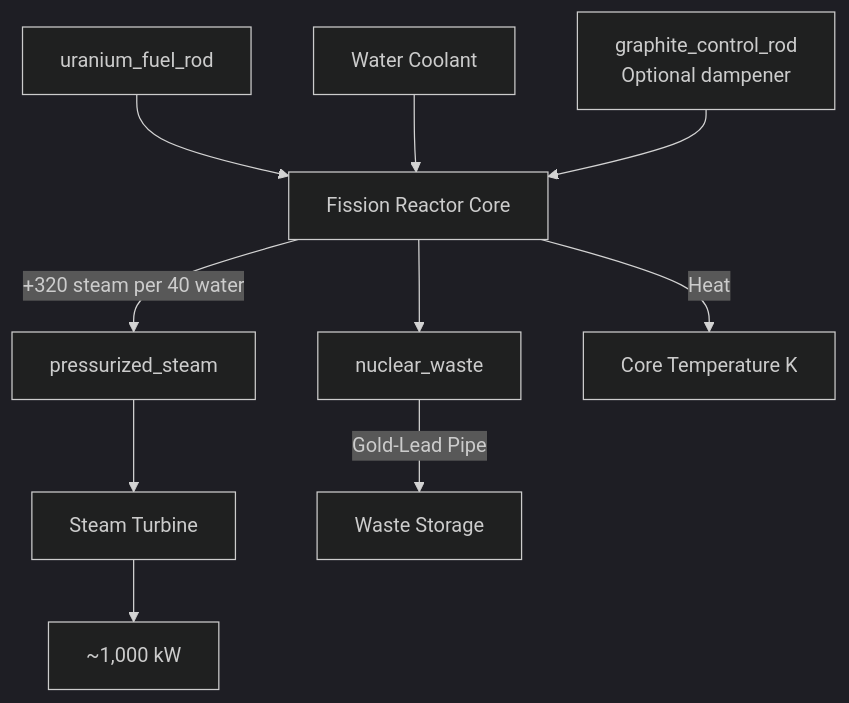
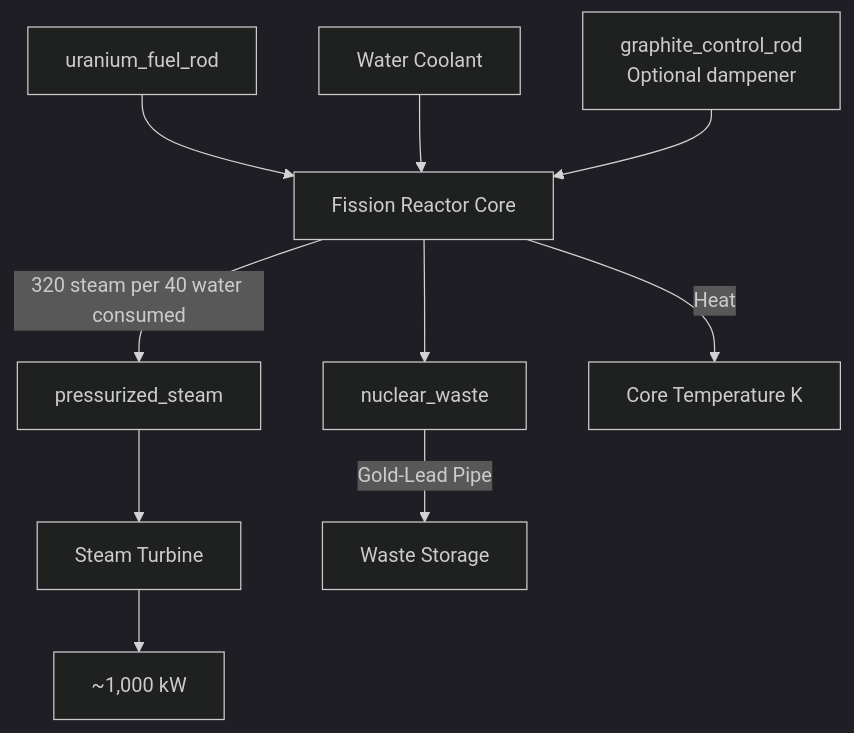
Before and after one commit to pourgb/root.works: diagram 19 of 28 in WIKI.md, drawn with Mermaid (dark theme). The commit also changed other lines of this file, not shown here.

Commit message:
wiki mermaid fully fixed, all 28 diagrams verified clean (no more crying renderer)

````diff
--- a/WIKI.md
+++ b/WIKI.md
@@ -697,12 +697,12 @@
 ```mermaid
 flowchart TD
     FuelRod[uranium_fuel_rod] --> Reactor[Fission Reactor Core]
     Water[Water Coolant] --> Reactor
     GraphiteRod["graphite_control_rod<br/>Optional dampener"] --> Reactor
-    Reactor -->|+320 steam per 40 water| Steam[pressurized_steam]
+    Reactor -->|320 steam per 40 water consumed| Steam[pressurized_steam]
     Reactor --> NWaste[nuclear_waste]
     Reactor -->|Heat| TempGauge[Core Temperature K]
     Steam --> Turbine[Steam Turbine]
     Turbine --> Electricity["~1,000 kW"]
     NWaste -->|Gold-Lead Pipe| WasteStorage[Waste Storage]
 ```
````
